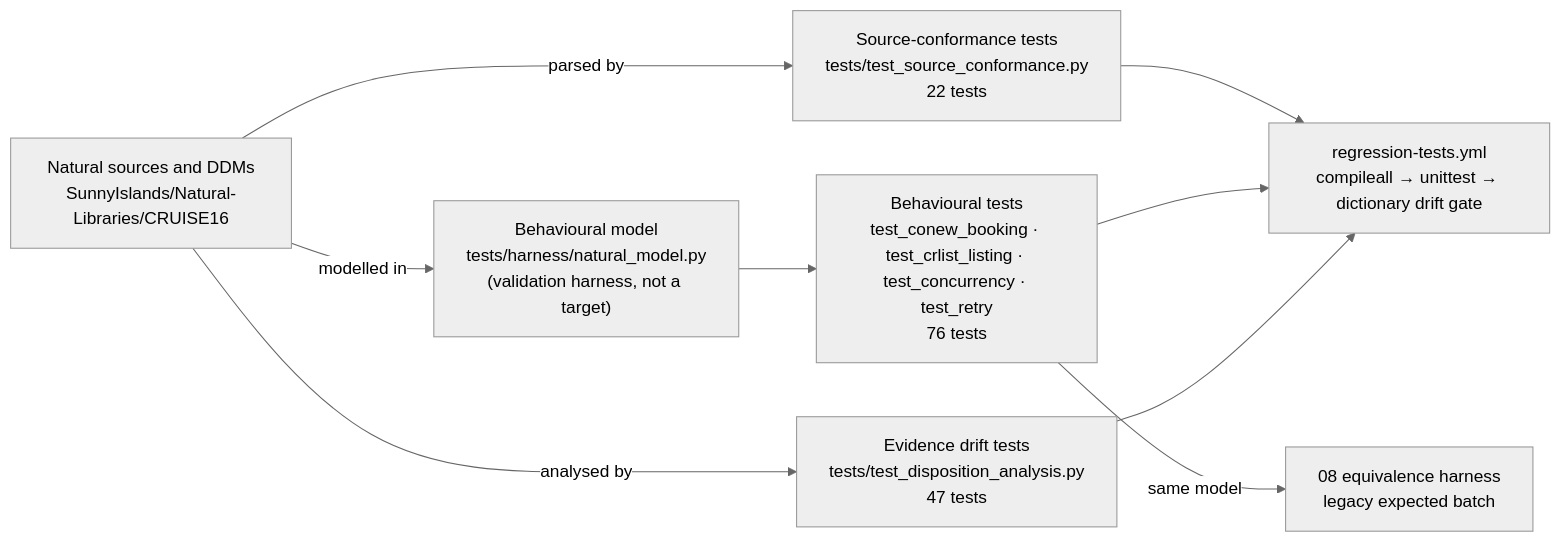
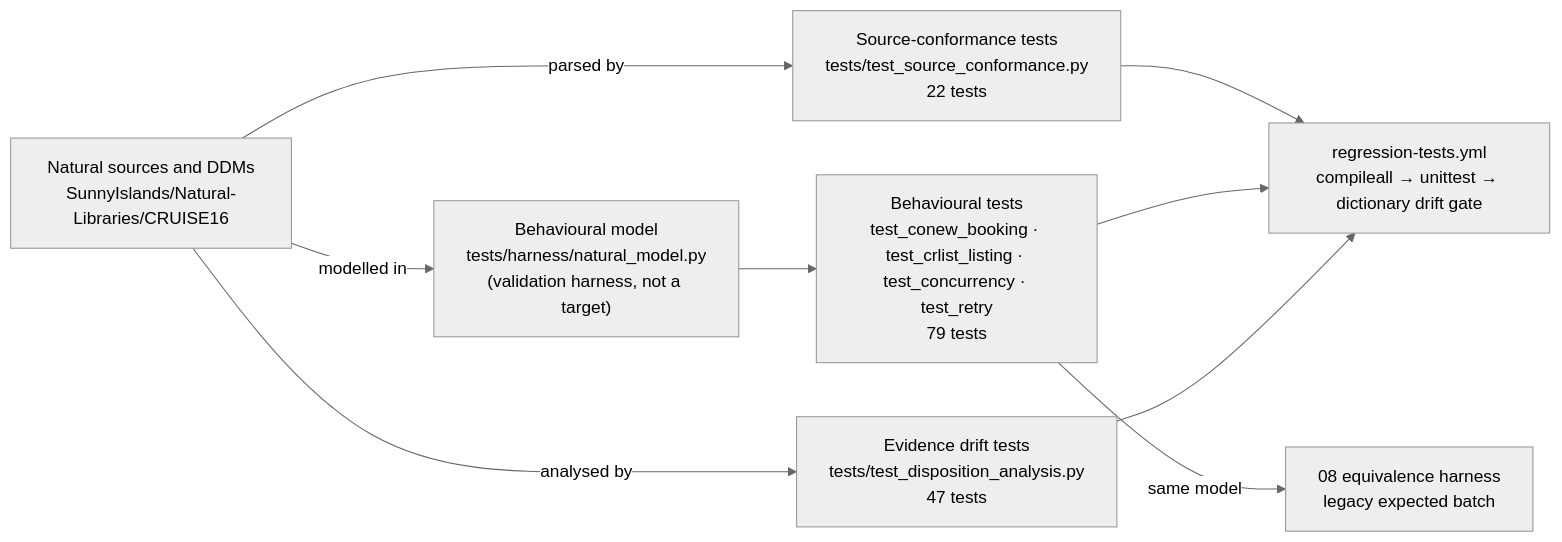
The diagram in fpps-hcm-modernization-deliverable/09-unit-test-regression-jcl-runcompare/test-generation-approach.md (COG-GTM/ADABAS-natural-for-ajax-devops-sample-application), drawn with Mermaid (neutral theme) before and after one commit. The commit also changed other lines of this file and 7 other files, not shown here.

````diff
--- a/fpps-hcm-modernization-deliverable/09-unit-test-regression-jcl-runcompare/test-generation-approach.md
+++ b/fpps-hcm-modernization-deliverable/09-unit-test-regression-jcl-runcompare/test-generation-approach.md
@@ -35,9 +35,9 @@
 ```mermaid
 flowchart LR
     SRC["Natural sources and DDMs<br/>SunnyIslands/Natural-Libraries/CRUISE16"] -->|"parsed by"| CONF["Source-conformance tests<br/>tests/test_source_conformance.py<br/>22 tests"]
     SRC -->|"modelled in"| MODEL["Behavioural model<br/>tests/harness/natural_model.py<br/>(validation harness, not a target)"]
-    MODEL --> BEH["Behavioural tests<br/>test_conew_booking · test_crlist_listing · test_concurrency · test_retry<br/>76 tests"]
+    MODEL --> BEH["Behavioural tests<br/>test_conew_booking · test_crlist_listing · test_concurrency · test_retry<br/>79 tests"]
     SRC -->|"analysed by"| DISP["Evidence drift tests<br/>tests/test_disposition_analysis.py<br/>47 tests"]
     CONF & BEH & DISP --> CI["regression-tests.yml<br/>compileall → unittest → dictionary drift gate"]
     BEH -->|"same model"| EQ["08 equivalence harness<br/>legacy expected batch"]
 ```
````
